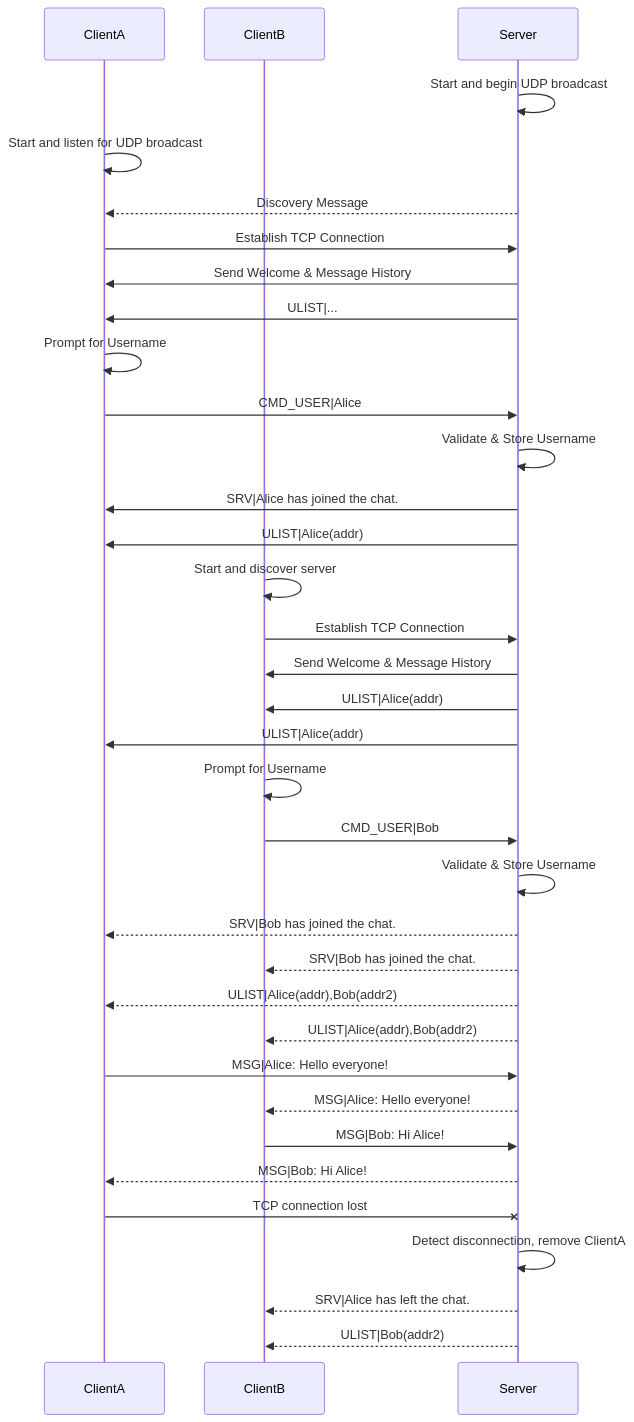
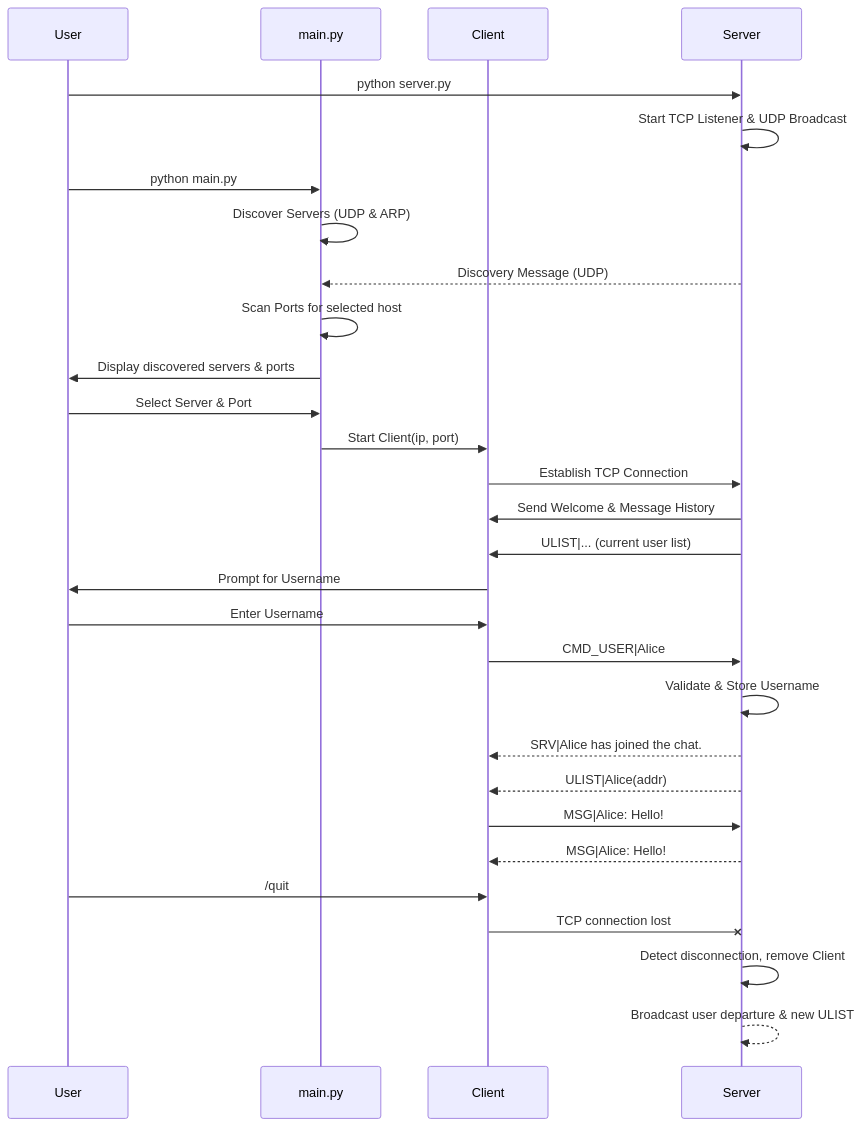
One commit to Lolfaceftw/Python-Simple-Group-Chat changed the diagram in README.md. Above: the diagram before and after it, drawn with Mermaid. The commit also changed other lines of this file and 1 other file, not shown here.

````diff
--- a/README.md
+++ b/README.md
@@ -90,49 +98,44 @@
 ```mermaid
 sequenceDiagram
-    participant ClientA
-    participant ClientB
+    participant User
+    participant MainScript as main.py
+    participant Client
     participant Server
 
-    %% Server Startup and Discovery %%
-    Server->>Server: Start and begin UDP broadcast
-    ClientA->>ClientA: Start and listen for UDP broadcast
-    Server-->>ClientA: Discovery Message
-    ClientA->>Server: Establish TCP Connection
+    %% Server Startup %%
+    User->>Server: python server.py
+    Server->>Server: Start TCP Listener & UDP Broadcast
 
-    %% Client A Handshake %%
-    Server->>ClientA: Send Welcome & Message History
-    Server->>ClientA: ULIST|...
-    ClientA->>ClientA: Prompt for Username
-    ClientA->>Server: CMD_USER|Alice
+    %% Client Startup & Discovery %%
+    User->>MainScript: python main.py
+    MainScript->>MainScript: Discover Servers (UDP & ARP)
+    Server-->>MainScript: Discovery Message (UDP)
+    MainScript->>MainScript: Scan Ports for selected host
+    MainScript->>User: Display discovered servers & ports
+    User->>MainScript: Select Server & Port
+
+    %% Client Connection %%
+    MainScript->>Client: Start Client(ip, port)
+    Client->>Server: Establish TCP Connection
+    Server->>Client: Send Welcome & Message History
+    Server->>Client: ULIST|... (current user list)
+    
+    %% Client Handshake %%
+    Client->>User: Prompt for Username
+    User->>Client: Enter Username
+    Client->>Server: CMD_USER|Alice
     Server->>Server: Validate & Store Username
-    Server->>ClientA: SRV|Alice has joined the chat.
-    Server->>ClientA: ULIST|Alice(addr)
+    Server-->>Client: SRV|Alice has joined the chat.
+    Server-->>Client: ULIST|Alice(addr)
 
-    %% Client B Joins %%
-    ClientB->>ClientB: Start and discover server
-    ClientB->>Server: Establish TCP Connection
-    Server->>ClientB: Send Welcome & Message History
-    Server->>ClientB: ULIST|Alice(addr)
-    Server->>ClientA: ULIST|Alice(addr)
-    ClientB->>ClientB: Prompt for Username
-    ClientB->>Server: CMD_USER|Bob
-    Server->>Server: Validate & Store Username
-    Server-->>ClientA: SRV|Bob has joined the chat.
-    Server-->>ClientB: SRV|Bob has joined the chat.
-    Server-->>ClientA: ULIST|Alice(addr),Bob(addr2)
-    Server-->>ClientB: ULIST|Alice(addr),Bob(addr2)
+    %% Chatting (Simplified) %%
+    Client->>Server: MSG|Alice: Hello!
+    Server-->>Client: MSG|Alice: Hello!
 
-    %% Chatting %%
-    ClientA->>Server: MSG|Alice: Hello everyone!
-    Server-->>ClientB: MSG|Alice: Hello everyone!
-
-    ClientB->>Server: MSG|Bob: Hi Alice!
-    Server-->>ClientA: MSG|Bob: Hi Alice!
-
-    %% Client A Disconnects %%
-    ClientA-xServer: TCP connection lost
-    Server->>Server: Detect disconnection, remove ClientA
-    Server-->>ClientB: SRV|Alice has left the chat.
-    Server-->>ClientB: ULIST|Bob(addr2)
+    %% Disconnection %%
+    User->>Client: /quit
+    Client-xServer: TCP connection lost
+    Server->>Server: Detect disconnection, remove Client
+    Server-->>Server: Broadcast user departure & new ULIST
 
 ```
````
